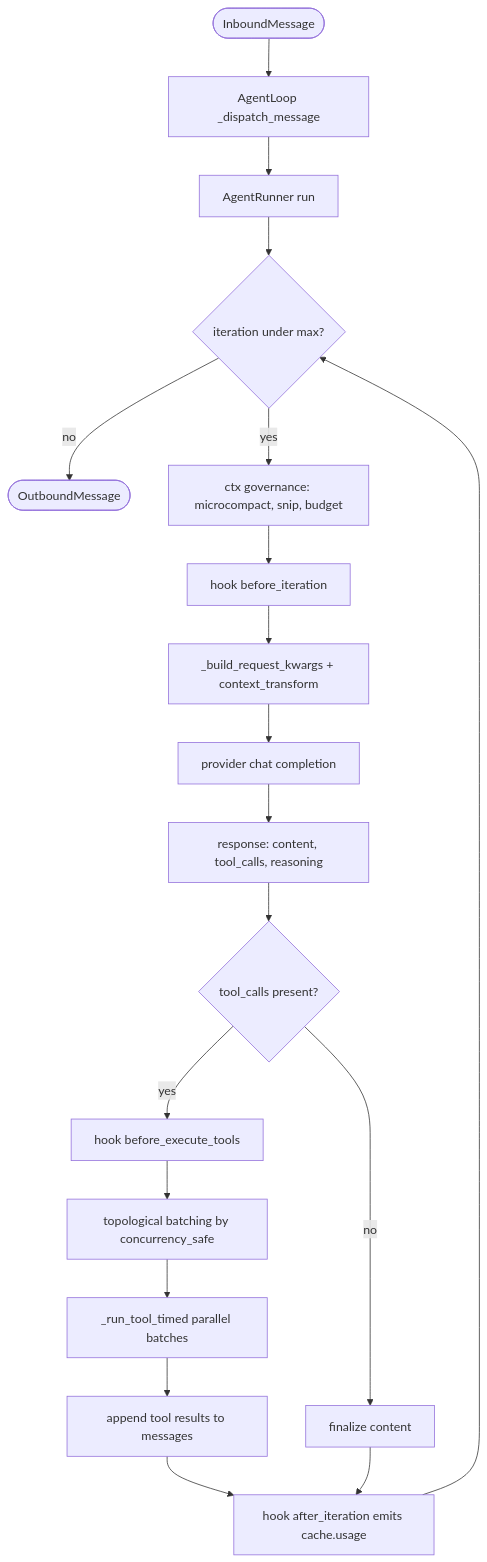
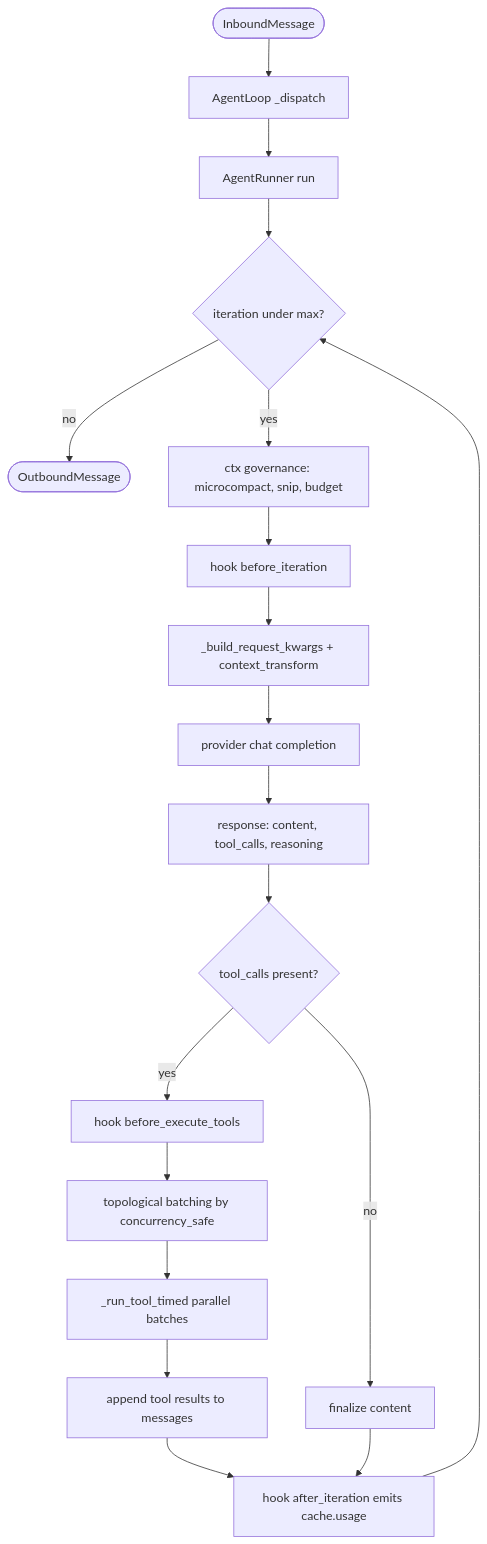
Before and after one commit to mmarmol/durin: the first of 2 diagrams in docs/architecture/loop.md, drawn with Mermaid. The commit also changed 12 other files, not shown here.

First line of the commit message:
docs(architecture): sync architecture docs with code (QA audit)

````diff
--- a/docs/architecture/loop.md
+++ b/docs/architecture/loop.md
@@ -16,21 +16,21 @@
 ```mermaid
 flowchart TD
-    Start([InboundMessage]) --> Disp[AgentLoop _dispatch_message]
+    Start([InboundMessage]) --> Disp[AgentLoop _dispatch]
     Disp --> Run[AgentRunner run]
     Run --> Iter{iteration under max?}
     Iter -- no --> Done([OutboundMessage])
     Iter -- yes --> Gov[ctx governance: microcompact, snip, budget]
     Gov --> BI[hook before_iteration]
     BI --> Req[_build_request_kwargs + context_transform]
     Req --> LLM[provider chat completion]
     LLM --> Resp[response: content, tool_calls, reasoning]
     Resp --> Has{tool_calls present?}
     Has -- no --> Final[finalize content]
     Has -- yes --> BET[hook before_execute_tools]
     BET --> Batch[topological batching by concurrency_safe]
     Batch --> RunT[_run_tool_timed parallel batches]
     RunT --> Append[append tool results to messages]
     Append --> AI[hook after_iteration emits cache.usage]
     Final --> AI
     AI --> Iter
 ```
````
